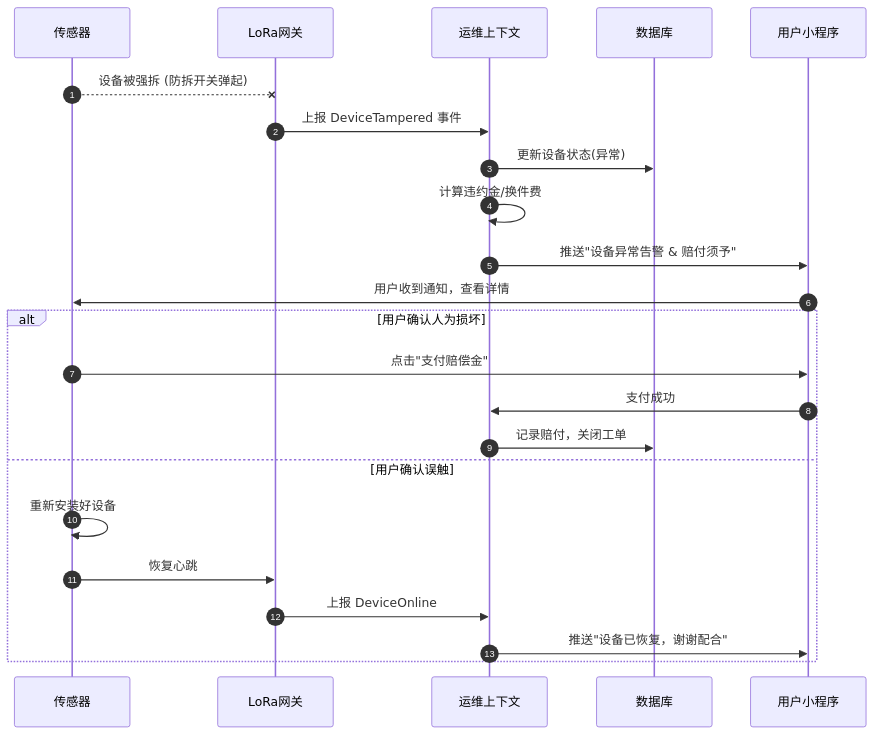
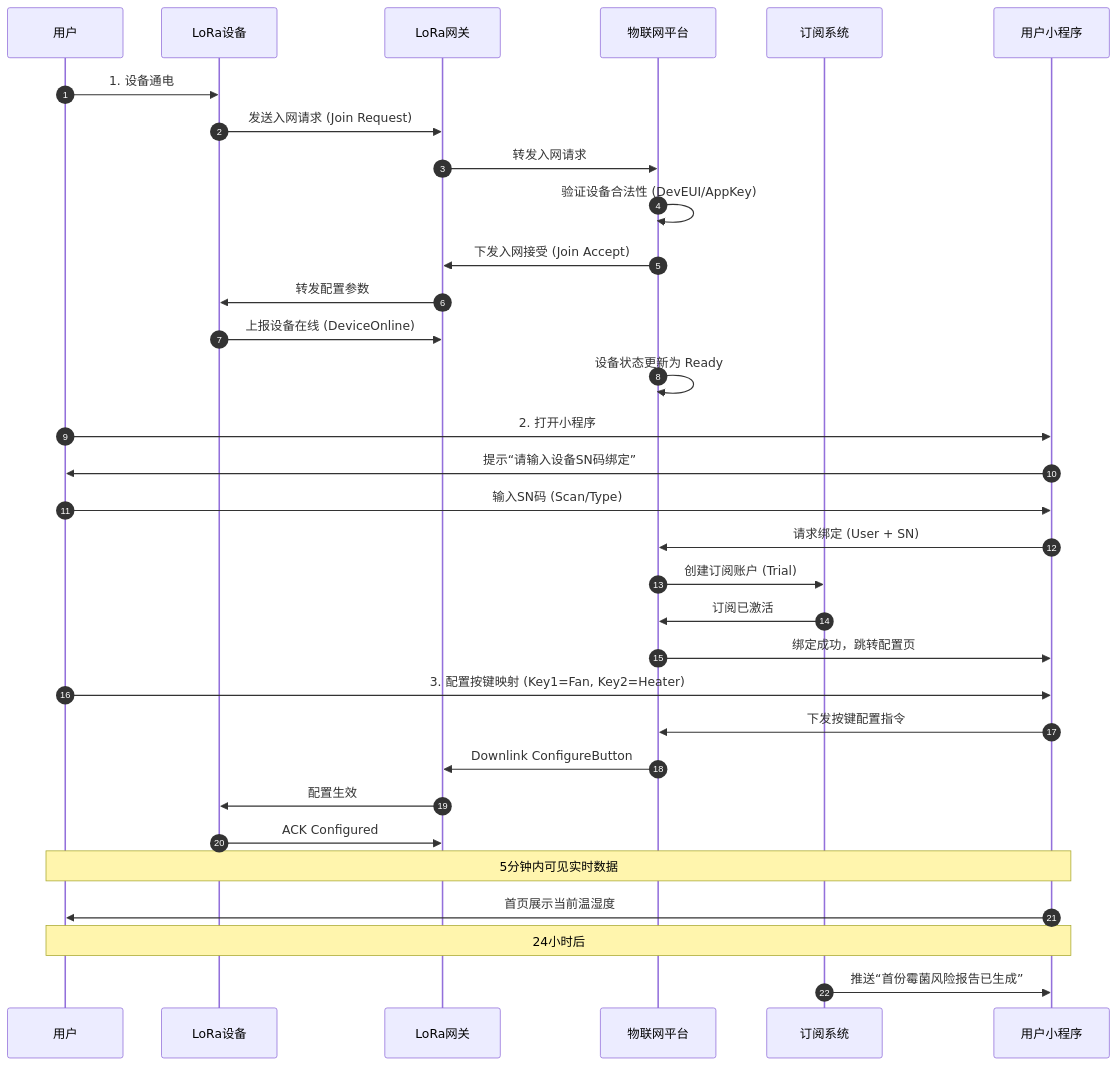
The first of 4 diagrams in .trae/MVP/防霉管控MVP/D1/USER-STORIES-SmartMoldGuard-20251212-v2.0.md (aime4eve/lite-webviewer), drawn with Mermaid before and after one commit. The commit also changed other lines of this file and 43 other files, not shown here.

````diff
--- a/.trae/MVP/防霉管控MVP/D1/USER-STORIES-SmartMoldGuard-20251212-v2.0.md
+++ b/.trae/MVP/防霉管控MVP/D1/USER-STORIES-SmartMoldGuard-20251212-v2.0.md
@@ -86,26 +109,39 @@
 ```mermaid
 sequenceDiagram
-    participant S as 传感器
+    participant User as 用户
+    participant Dev as LoRa设备
     participant GW as LoRa网关
-    participant Ops as 运维上下文
-    participant DB as 数据库
+    participant IoT as 物联网平台
+    participant Sub as 订阅系统
     participant MP as 用户小程序
 
     autonumber
-    S--xGW: 设备被强拆 (防拆开关弹起)
-    GW->>Ops: 上报 DeviceTampered 事件
-    Ops->>DB: 更新设备状态(异常)
-    Ops->>Ops: 计算违约金/换件费
-    Ops->>MP: 推送"设备异常告警 & 赔付须予"
-    MP->>S: 用户收到通知，查看详情
-    alt 用户确认人为损坏
-        S->>MP: 点击"支付赔偿金"
-        MP->>Ops: 支付成功
-        Ops->>DB: 记录赔付，关闭工单
-    else 用户确认误触
-        S->>S: 重新安装好设备
-        S->>GW: 恢复心跳
-        GW->>Ops: 上报 DeviceOnline
-        Ops->>MP: 推送"设备已恢复，谢谢配合"
-    end
+    User->>Dev: 1. 设备通电
+    Dev->>GW: 发送入网请求 (Join Request)
+    GW->>IoT: 转发入网请求
+    IoT->>IoT: 验证设备合法性 (DevEUI/AppKey)
+    IoT->>GW: 下发入网接受 (Join Accept)
+    GW->>Dev: 转发配置参数
+    Dev->>GW: 上报设备在线 (DeviceOnline)
+    IoT->>IoT: 设备状态更新为 Ready
+    
+    User->>MP: 2. 打开小程序
+    MP->>User: 提示“请输入设备SN码绑定”
+    User->>MP: 输入SN码 (Scan/Type)
+    MP->>IoT: 请求绑定 (User + SN)
+    IoT->>Sub: 创建订阅账户 (Trial)
+    Sub->>IoT: 订阅已激活
+    IoT->>MP: 绑定成功，跳转配置页
+    
+    User->>MP: 3. 配置按键映射 (Key1=Fan, Key2=Heater)
+    MP->>IoT: 下发按键配置指令
+    IoT->>GW: Downlink ConfigureButton
+    GW->>Dev: 配置生效
+    Dev->>GW: ACK Configured
+    
+    Note over User, MP: 5分钟内可见实时数据
+    MP->>User: 首页展示当前温湿度
+    
+    Note over User, MP: 24小时后
+    Sub->>MP: 推送“首份霉菌风险报告已生成”
 ```
````
